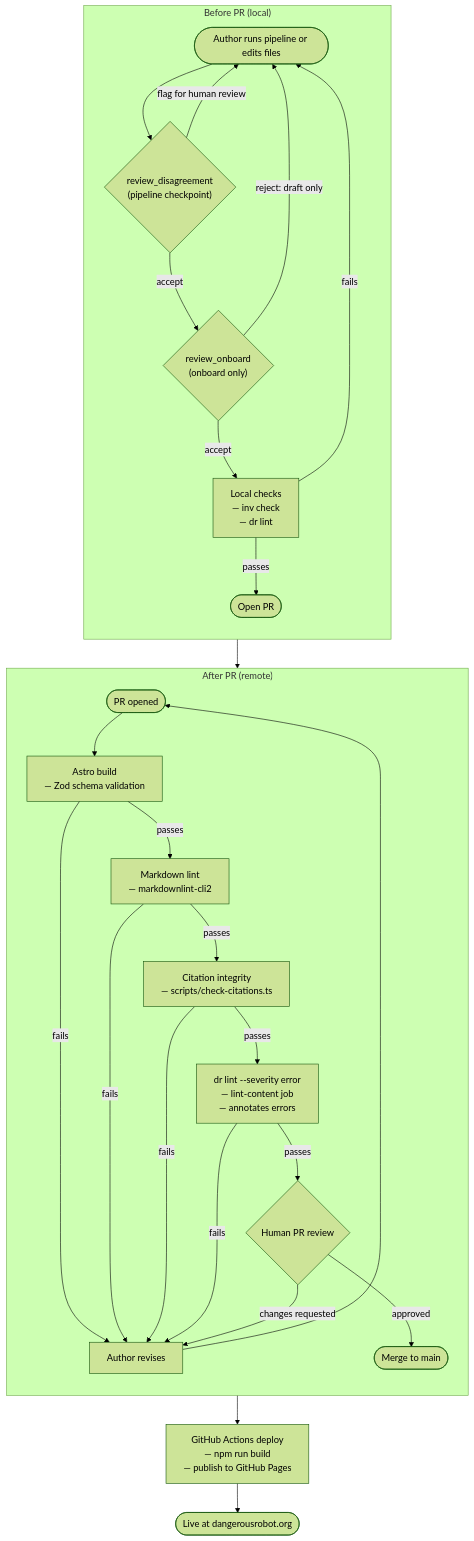
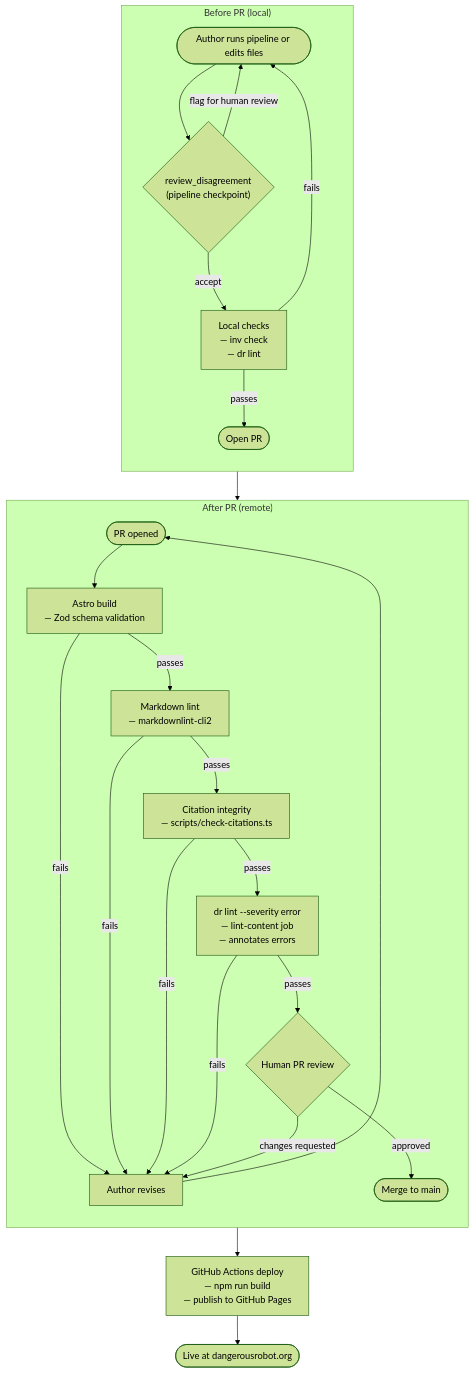
The fifth of 6 diagrams in docs/architecture/research-flow.md (dangerous-robot/site), drawn with Mermaid (forest theme) before and after one commit. The commit also changed other lines of this file and 58 other files, not shown here.

````diff
--- a/docs/architecture/research-flow.md
+++ b/docs/architecture/research-flow.md
@@ -173,53 +156,49 @@
 ```mermaid
 flowchart TD
     subgraph before ["Before PR (local)"]
         direction TB
         START([Author runs pipeline or edits files]) --> PG2
         PG2{"review_disagreement
         (pipeline checkpoint)"}
         PG2 -->|flag for human review| START
-        PG2 -->|accept| PG3
-        PG3{"review_onboard
-        (onboard only)"}
-        PG3 -->|reject: draft only| START
-        PG3 -->|accept| LOCAL
+        PG2 -->|accept| LOCAL
         LOCAL["Local checks
         — inv check
         — dr lint"]
         LOCAL -->|fails| START
         LOCAL -->|passes| OPEN([Open PR])
     end
 
     OPEN --> AFTER_ENTRY
 
     subgraph after ["After PR (remote)"]
         direction TB
         AFTER_ENTRY([PR opened]) --> CI1
         CI1["Astro build
         — Zod schema validation"]
         CI1 -->|fails| REWORK[Author revises]
         CI1 -->|passes| CI2
         CI2["Markdown lint
         — markdownlint-cli2"]
         CI2 -->|fails| REWORK
         CI2 -->|passes| CI3
         CI3["Citation integrity
         — scripts/check-citations.ts"]
         CI3 -->|fails| REWORK
         CI3 -->|passes| CI4
         CI4["dr lint --severity error
         — lint-content job
         — annotates errors"]
         CI4 -->|fails| REWORK
         CI4 -->|passes| REV
         REV{Human PR review}
         REV -->|changes requested| REWORK
         REV -->|approved| MERGE([Merge to main])
         REWORK --> AFTER_ENTRY
     end
 
     MERGE --> DEPLOY["GitHub Actions deploy
     — npm run build
     — publish to GitHub Pages"]
     DEPLOY --> LIVE([Live at dangerousrobot.org])
 ```
````
